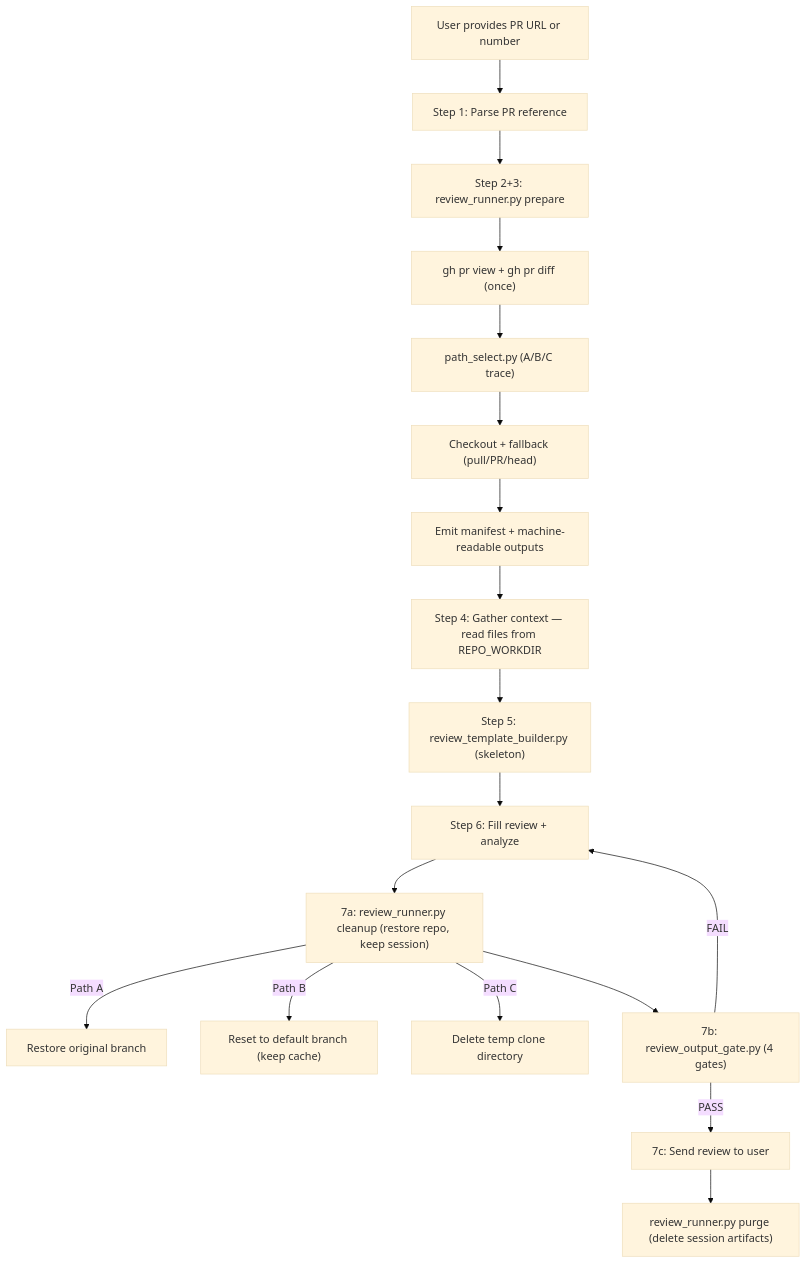
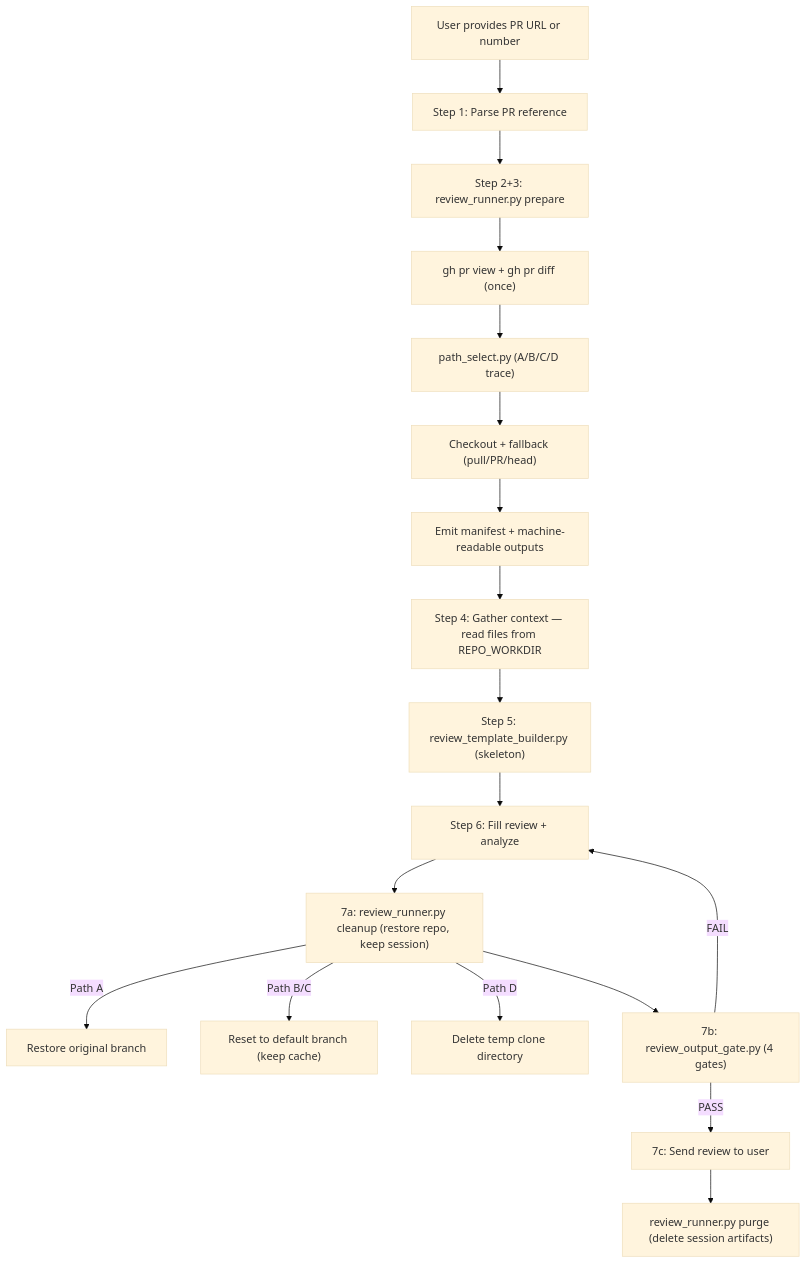
Before and after one commit to jie-meng/ai-skills: the first of 3 diagrams in mythril_agent_skills/skills/github-code-review-pr/README.md, drawn with Mermaid (base theme). The commit also changed other lines of this file and 4 other files, not shown here.

````diff
--- a/mythril_agent_skills/skills/github-code-review-pr/README.md
+++ b/mythril_agent_skills/skills/github-code-review-pr/README.md
@@ -74,25 +75,25 @@
 ```mermaid
 flowchart TD
     A["User provides PR URL or number"] --> B["Step 1: Parse PR reference"]
     B --> C["Step 2+3: review_runner.py prepare"]
     C --> C1["gh pr view + gh pr diff (once)"]
-    C1 --> C2["path_select.py (A/B/C trace)"]
+    C1 --> C2["path_select.py (A/B/C/D trace)"]
     C2 --> C3["Checkout + fallback (pull/PR/head)"]
     C3 --> C4["Emit manifest + machine-readable outputs"]
 
     C4 --> H["Step 4: Gather context — read files from REPO_WORKDIR"]
 
     H --> T["Step 5: review_template_builder.py (skeleton)"]
     T --> I["Step 6: Fill review + analyze"]
 
     I --> J["7a: review_runner.py cleanup (restore repo, keep session)"]
     J -->|"Path A"| J1["Restore original branch"]
-    J -->|"Path B"| J2["Reset to default branch (keep cache)"]
-    J -->|"Path C"| J3["Delete temp clone directory"]
+    J -->|"Path B/C"| J2["Reset to default branch (keep cache)"]
+    J -->|"Path D"| J3["Delete temp clone directory"]
 
     J --> G["7b: review_output_gate.py (4 gates)"]
     G -->|"PASS"| K["7c: Send review to user"]
     G -->|"FAIL"| I
 
     K --> P["review_runner.py purge (delete session artifacts)"]
 ```
````
